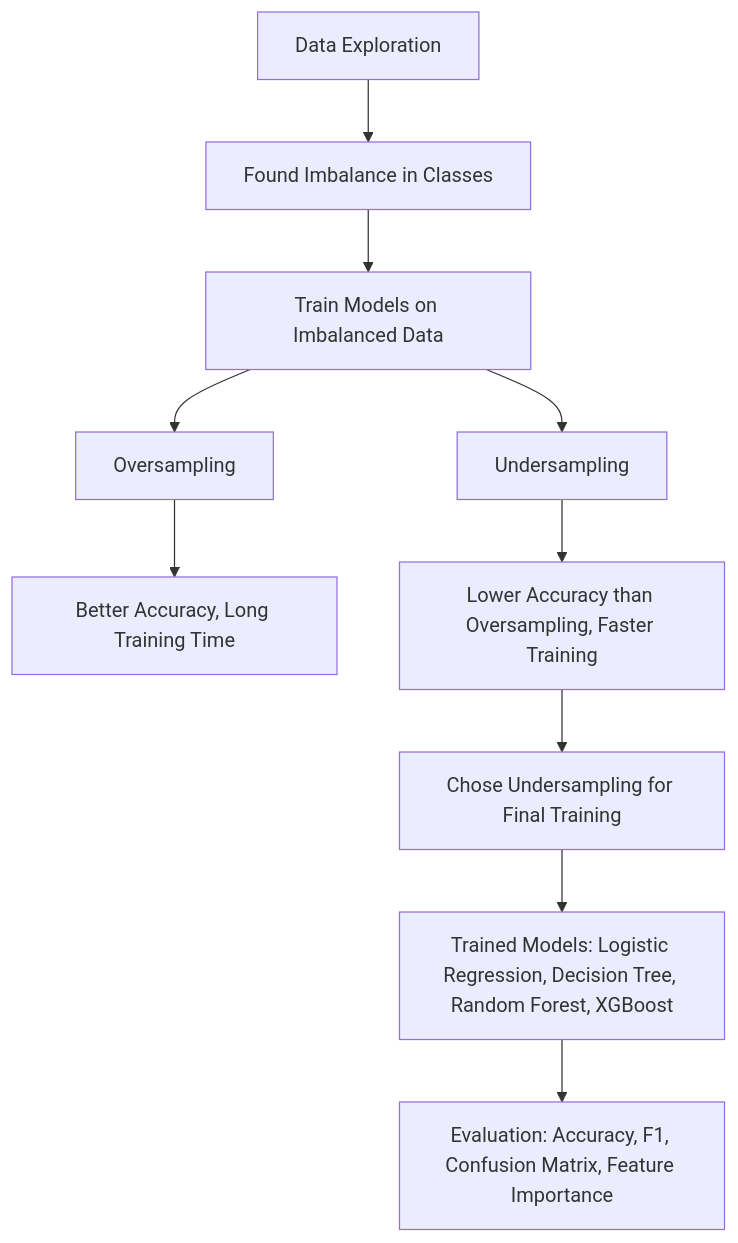
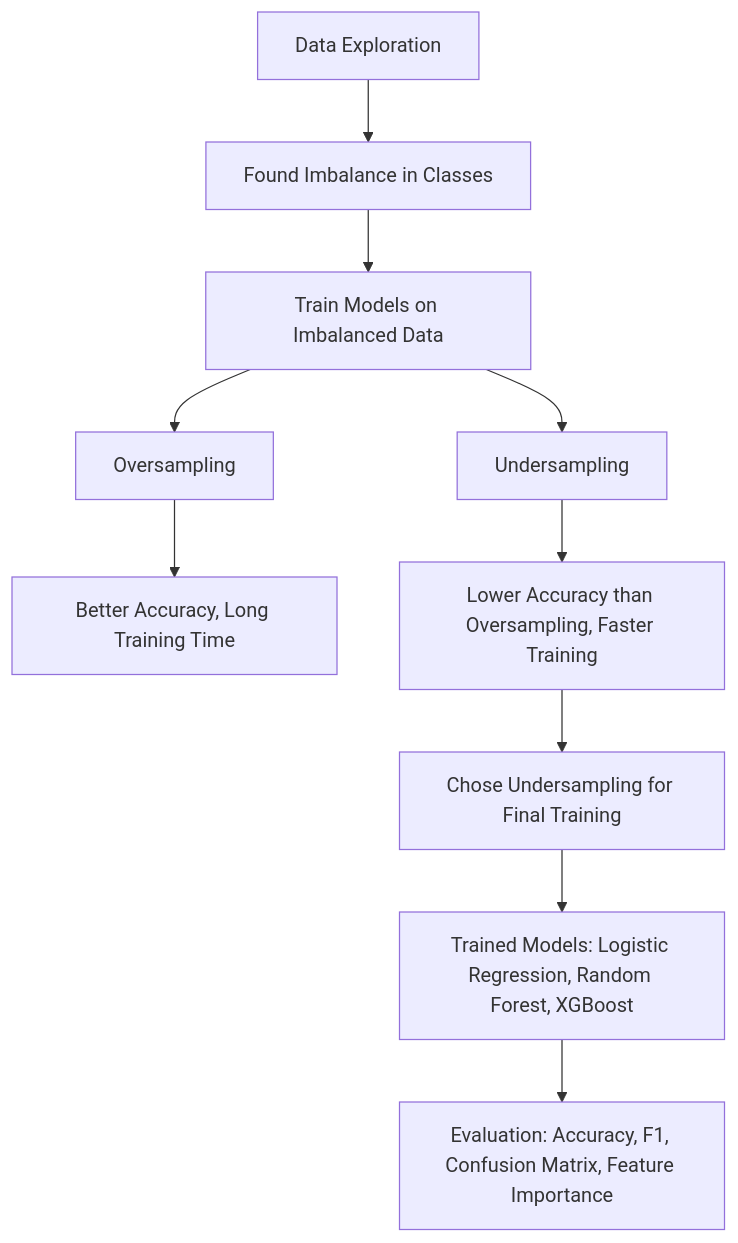
Before and after one commit to karimhassan-808/elevvo-projects: the diagram in forest-cover-type-classification/README.md, drawn with Mermaid.

````diff
--- a/forest-cover-type-classification/README.md
+++ b/forest-cover-type-classification/README.md
@@ -27,12 +27,12 @@
 ```mermaid
 flowchart TD
     A[Data Exploration] --> B[Found Imbalance in Classes]
     B --> C[Train Models on Imbalanced Data]
     C --> D[Oversampling]
     D --> E[Better Accuracy, Long Training Time]
     C --> F[Undersampling]
     F --> G[Lower Accuracy than Oversampling, Faster Training]
     G --> H[Chose Undersampling for Final Training]
-    H --> I[Trained Models: Logistic Regression, Decision Tree, Random Forest, XGBoost]
+    H --> I[Trained Models: Logistic Regression, Random Forest, XGBoost]
     I --> J[Evaluation: Accuracy, F1, Confusion Matrix, Feature Importance]
 ```
````
